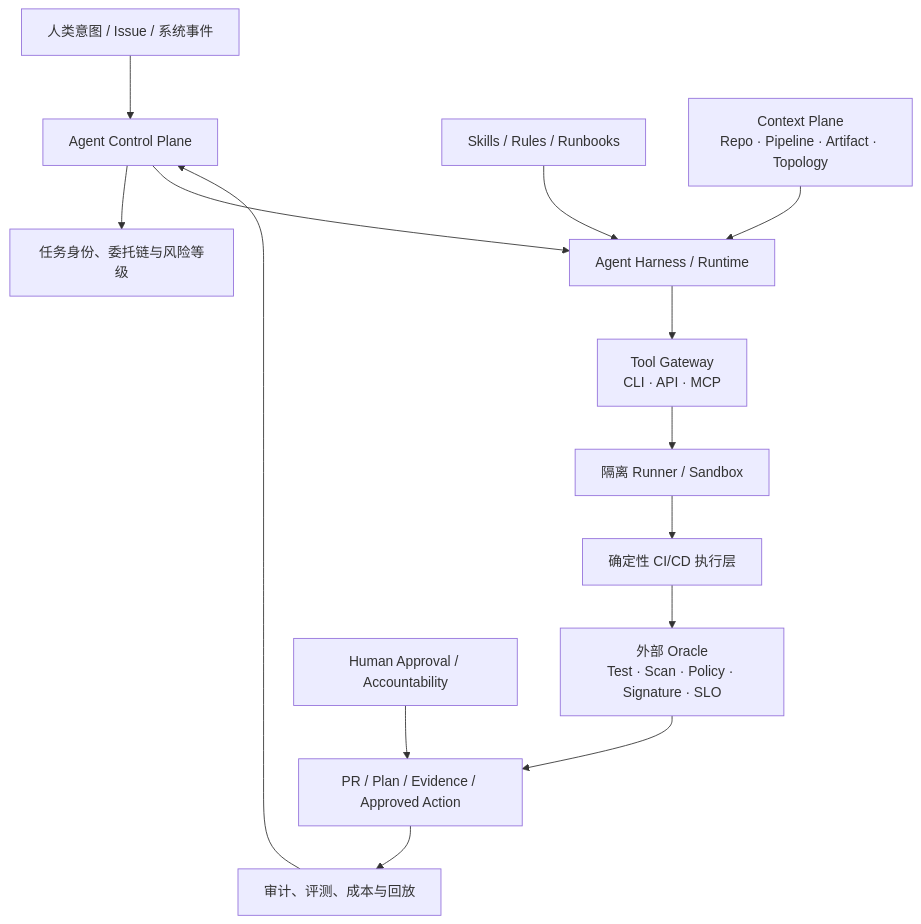
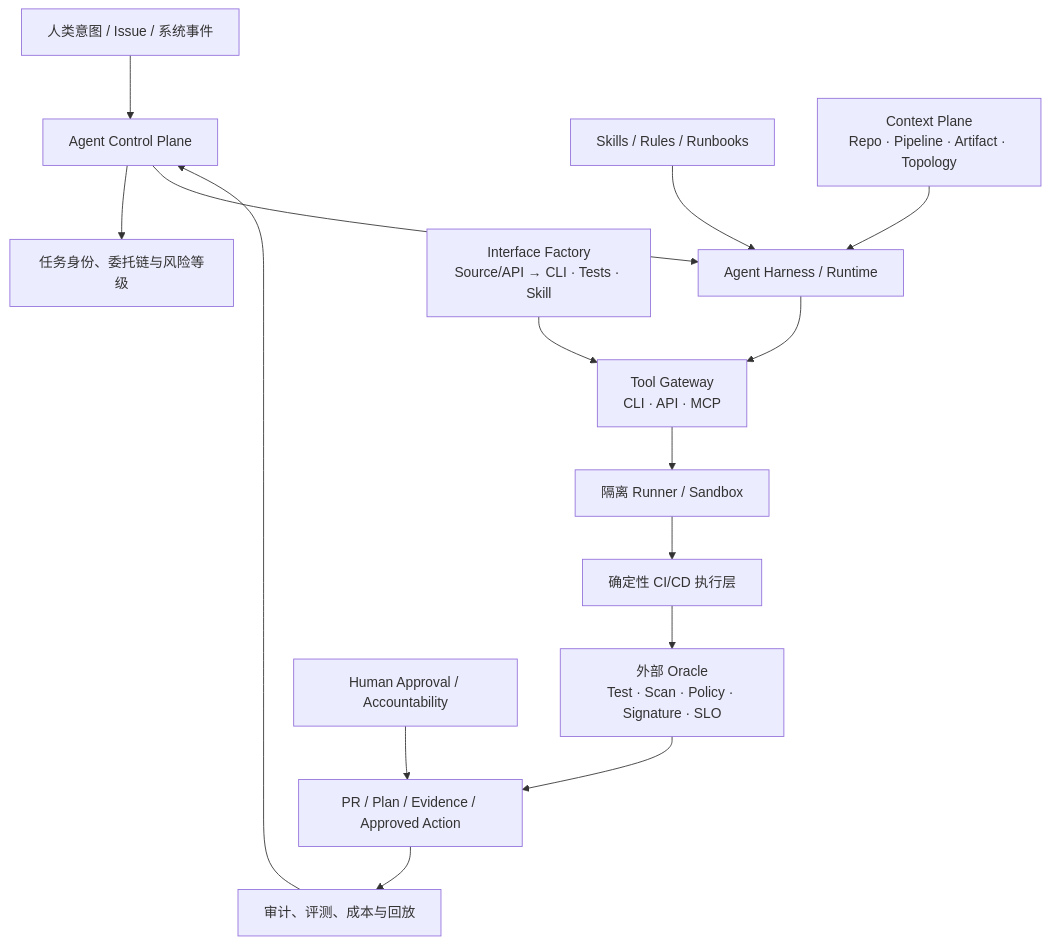
Before and after one commit to dicoeeee/CICDInsight: the second of 2 diagrams in 90_report/seven-dimension-analysis.md, drawn with Mermaid. The commit also changed other lines of this file and 54 other files, not shown here.

````diff
--- a/90_report/seven-dimension-analysis.md
+++ b/90_report/seven-dimension-analysis.md
@@ -170,16 +172,17 @@
 ```mermaid
 flowchart TB
   U["人类意图 / Issue / 系统事件"] --> CP["Agent Control Plane"]
   CP --> ID["任务身份、委托链与风险等级"]
   CP --> RT["Agent Harness / Runtime"]
   SK["Skills / Rules / Runbooks"] --> RT
   CT["Context Plane<br/>Repo · Pipeline · Artifact · Topology"] --> RT
   RT --> GW["Tool Gateway<br/>CLI · API · MCP"]
+  IF["Interface Factory<br/>Source/API → CLI · Tests · Skill"] --> GW
   GW --> SB["隔离 Runner / Sandbox"]
   SB --> EX["确定性 CI/CD 执行层"]
   EX --> OR["外部 Oracle<br/>Test · Scan · Policy · Signature · SLO"]
   OR --> OUT["PR / Plan / Evidence / Approved Action"]
   OUT --> AU["审计、评测、成本与回放"]
   AU --> CP
   H["Human Approval / Accountability"] --> OUT
 ```
````
